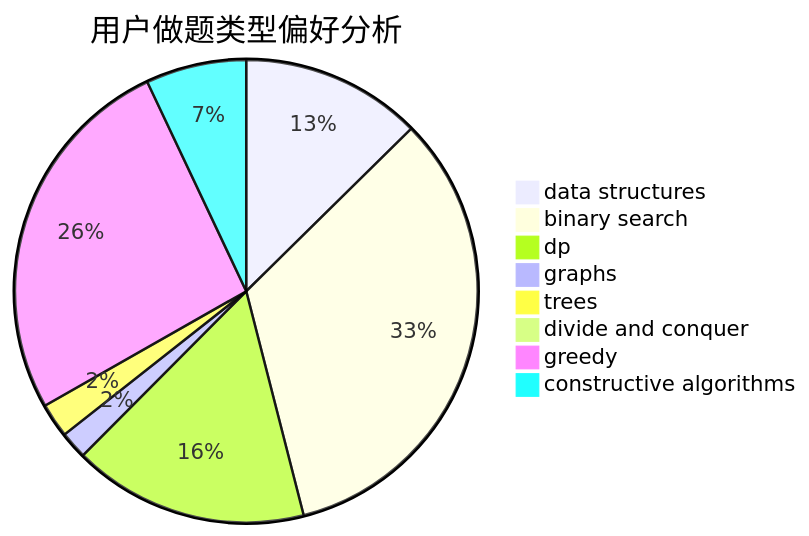
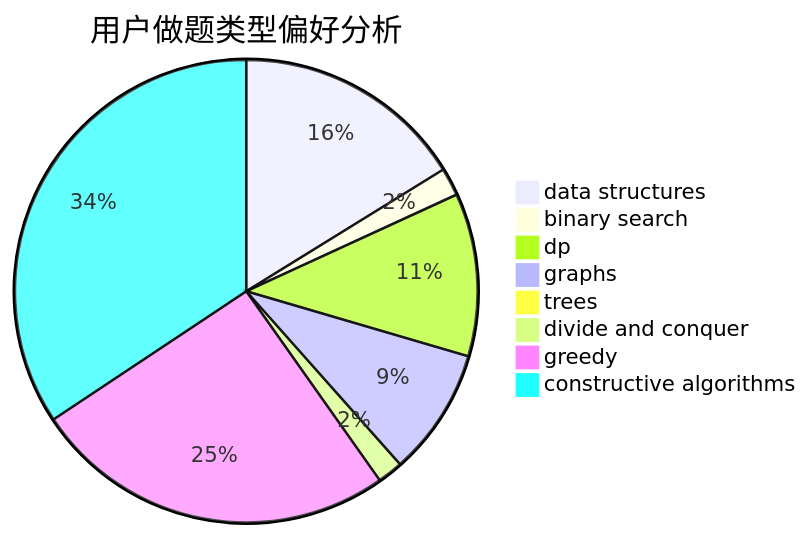
One commit to sherpahu/cfrs.github.io changed the second of 3 diagrams in docs/user/u2106.md. Above: the diagram before and after it, drawn with Mermaid. The commit also changed other lines of this file and 2770 other files, not shown here.

````diff
--- a/docs/user/u2106.md
+++ b/docs/user/u2106.md
@@ -23,11 +23,11 @@
 ```mermaid
 pie title 用户做题类型偏好分析
-    "data structures" :  79
-    "binary search" :  209
-    "dp" :  103
-    "graphs" :  12
-    "trees" :  15
-    "divide and conquer" :  0
-    "greedy" :  164
-    "constructive algorithms" :  44
+    "data structures" :  91
+    "binary search" :  11
+    "dp" :  64
+    "graphs" :  50
+    "trees" :  0
+    "divide and conquer" :  10
+    "greedy" :  143
+    "constructive algorithms" :  193
 ```
````
